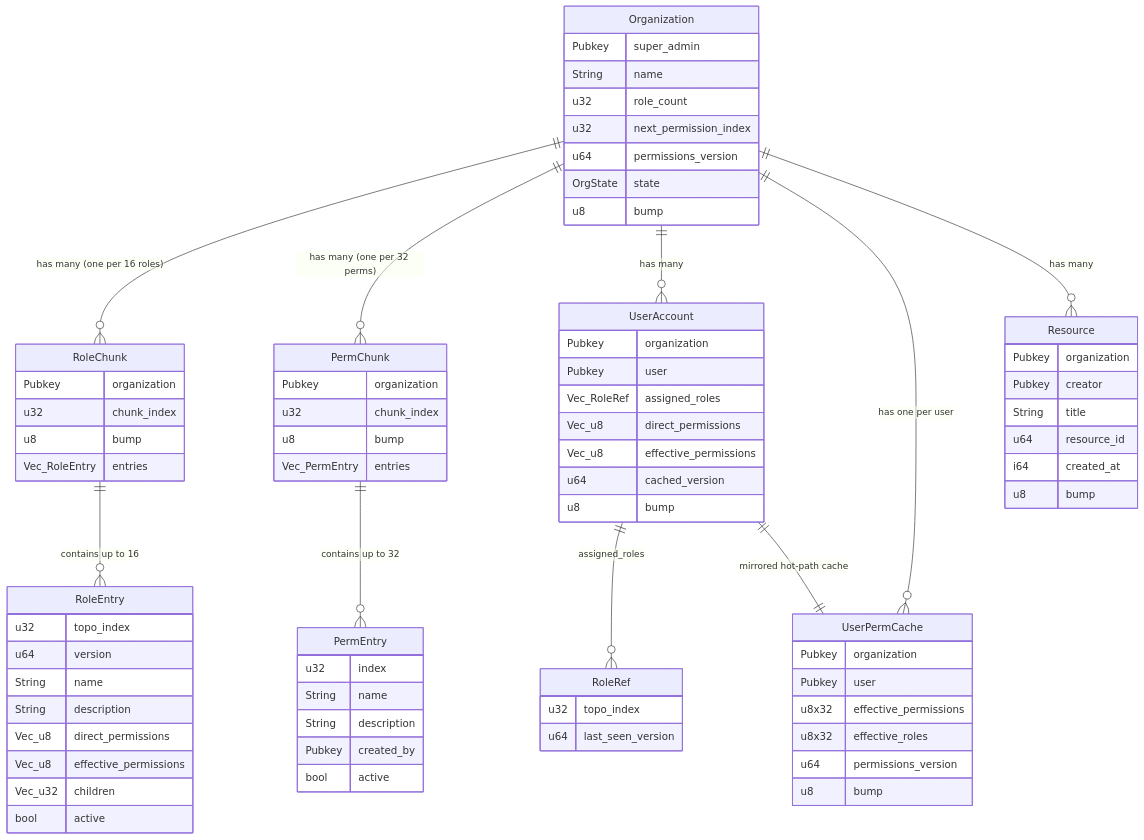
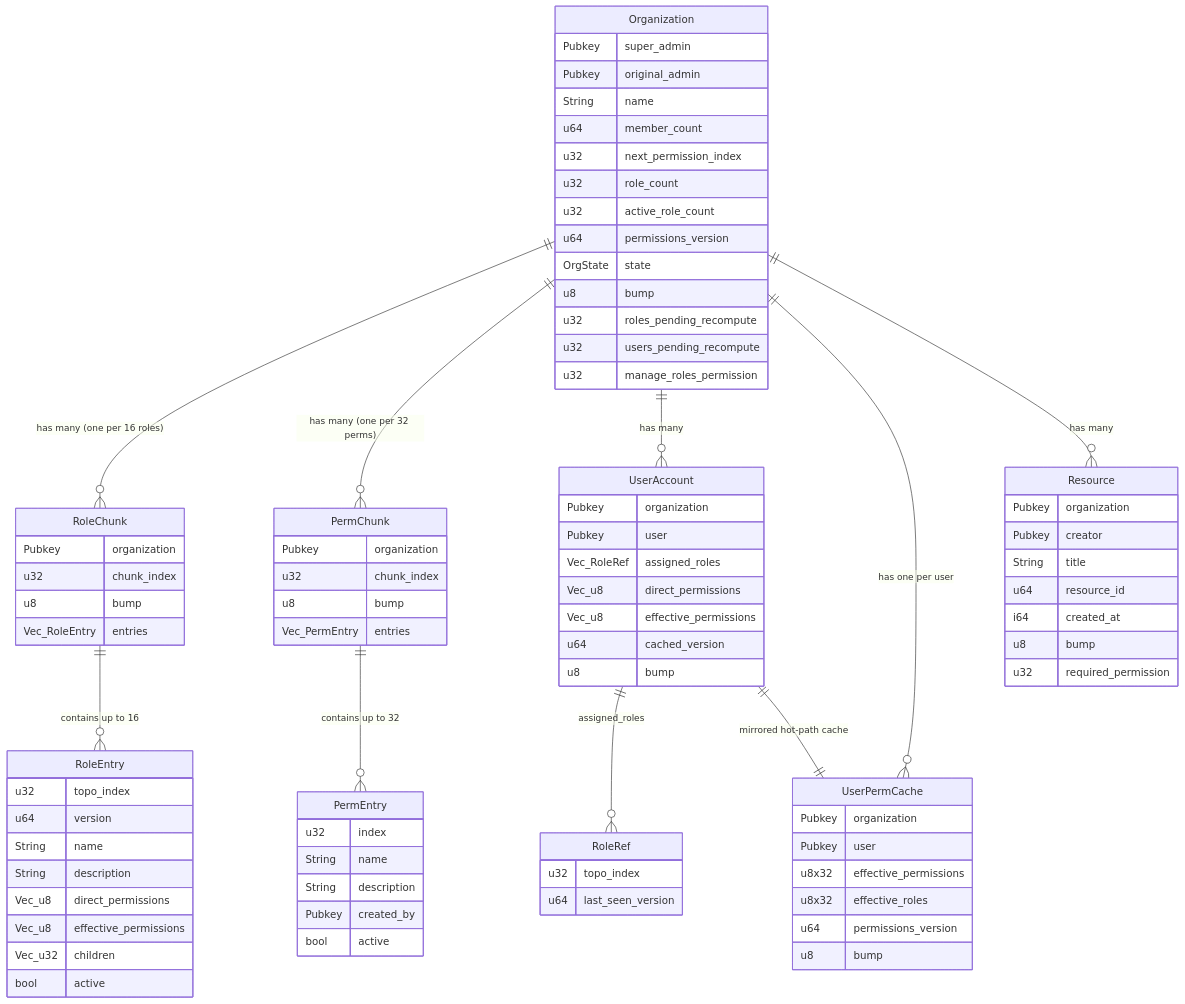
Before and after one commit to Vadimus1983/Solana-rbac: the second of 25 diagrams in docs/architecture.md, drawn with Mermaid. The commit also changed other lines of this file and 9 other files, not shown here.

````diff
--- a/docs/architecture.md
+++ b/docs/architecture.md
@@ -114,12 +113,18 @@
 
     Organization {
         Pubkey super_admin
+        Pubkey original_admin
         String name
+        u64 member_count
+        u32 next_permission_index
         u32 role_count
-        u32 next_permission_index
+        u32 active_role_count
         u64 permissions_version
         OrgState state
         u8 bump
+        u32 roles_pending_recompute
+        u32 users_pending_recompute
+        u32 manage_roles_permission
     }
 
     RoleChunk {
@@ -186,5 +191,6 @@
         u64 resource_id
         i64 created_at
         u8 bump
+        u32 required_permission
     }
 ```
````
